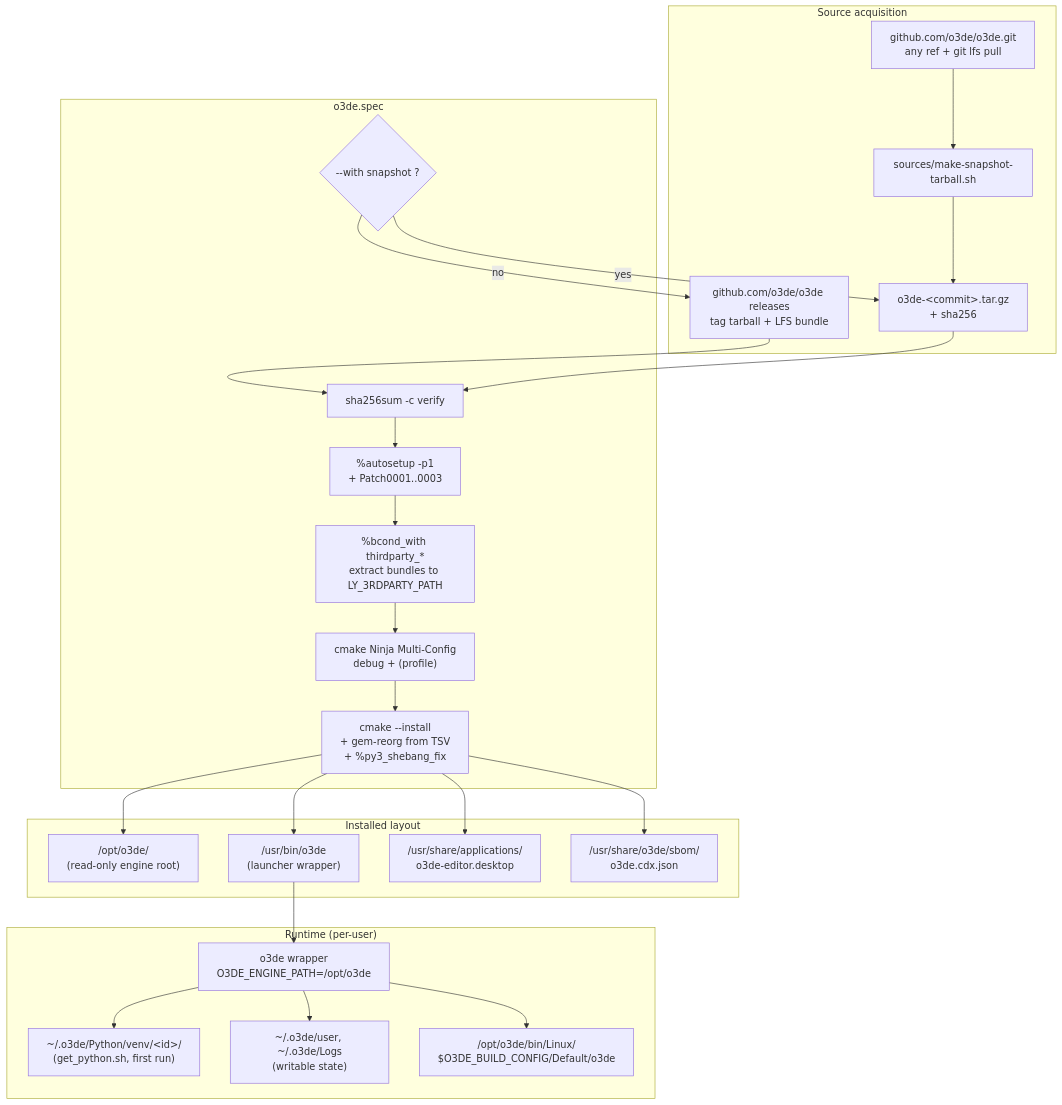
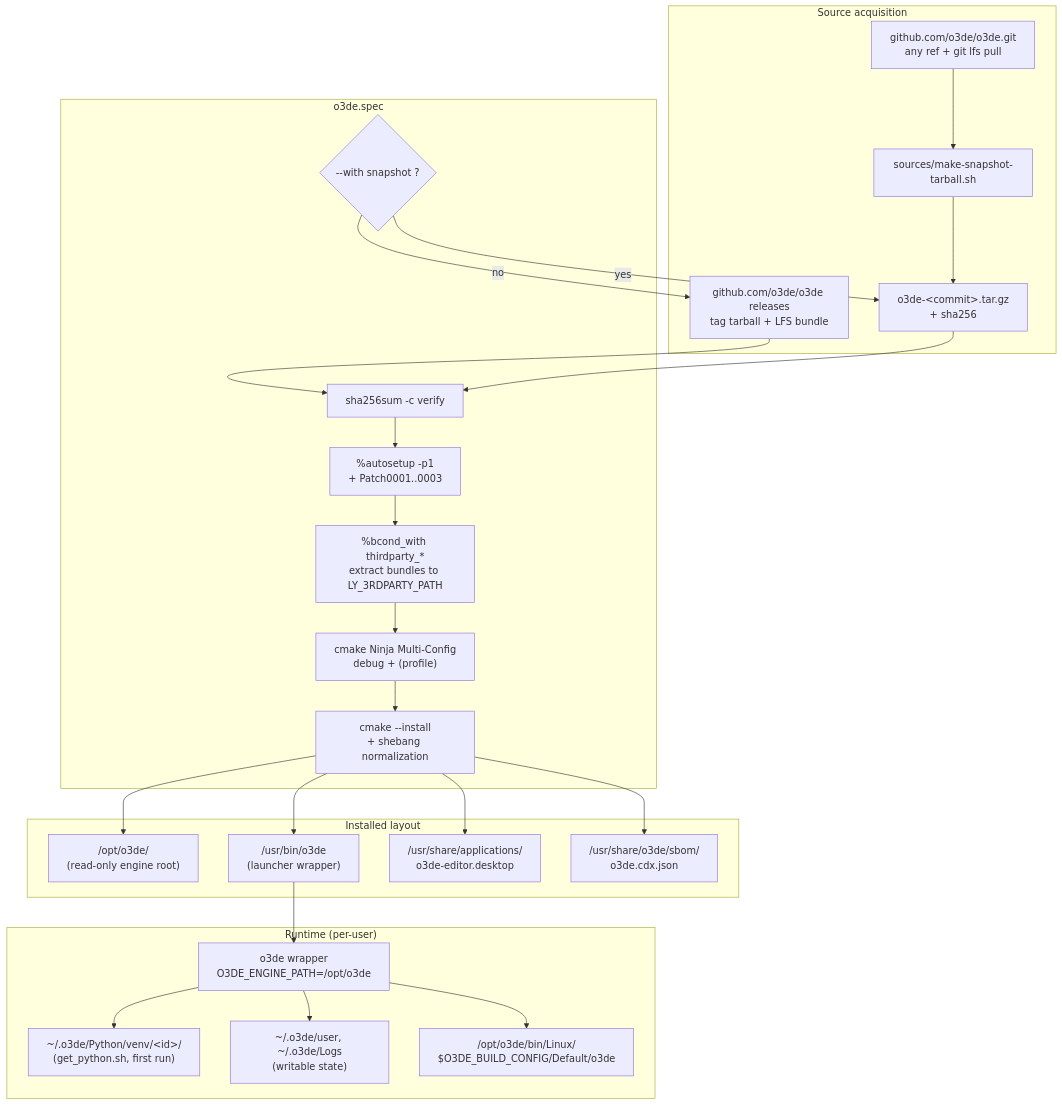
The diagram in README.md (nickschuetz/o3de-rpm), drawn with Mermaid before and after one commit. The commit also changed other lines of this file and 3 other files, not shown here.

First line of the commit message:
Drop cruft BR/Requires and obsolete gem-reorg machinery

````diff
--- a/README.md
+++ b/README.md
@@ -37,44 +36,44 @@
 ```mermaid
 flowchart TB
     subgraph SRC["Source acquisition"]
         S1["github.com/o3de/o3de releases<br/>tag tarball + LFS bundle"]
         S2["github.com/o3de/o3de.git<br/>any ref + git lfs pull"]
         SH["sources/make-snapshot-tarball.sh"]
         S2 --> SH --> SNAP["o3de-&lt;commit&gt;.tar.gz<br/>+ sha256"]
     end
 
     subgraph SPEC["o3de.spec"]
         BC{"--with snapshot ?"}
         SHA["sha256sum -c verify"]
         AUTO["%autosetup -p1<br/>+ Patch0001..0003"]
         TP["%bcond_with thirdparty_*<br/>extract bundles to LY_3RDPARTY_PATH"]
         BUILD["cmake Ninja Multi-Config<br/>debug + (profile)"]
-        INST["cmake --install<br/>+ gem-reorg from TSV<br/>+ %py3_shebang_fix"]
+        INST["cmake --install<br/>+ shebang normalization"]
         BC -->|no| S1
         BC -->|yes| SNAP
         S1 --> SHA
         SNAP --> SHA
         SHA --> AUTO --> TP --> BUILD --> INST
     end
 
     subgraph INSTALL["Installed layout"]
         OPT["/opt/o3de/<br/>(read-only engine root)"]
         BIN["/usr/bin/o3de<br/>(launcher wrapper)"]
         DT["/usr/share/applications/<br/>o3de-editor.desktop"]
         SBOM["/usr/share/o3de/sbom/<br/>o3de.cdx.json"]
         INST --> OPT
         INST --> BIN
         INST --> DT
         INST --> SBOM
     end
 
     subgraph RT["Runtime (per-user)"]
         WRAP["o3de wrapper<br/>O3DE_ENGINE_PATH=/opt/o3de"]
         PY["~/.o3de/Python/venv/&lt;id&gt;/<br/>(get_python.sh, first run)"]
         UD["~/.o3de/user, ~/.o3de/Logs<br/>(writable state)"]
         ENG["/opt/o3de/bin/Linux/<br/>$O3DE_BUILD_CONFIG/Default/o3de"]
         BIN --> WRAP --> ENG
         WRAP --> PY
         WRAP --> UD
     end
 ```
````
